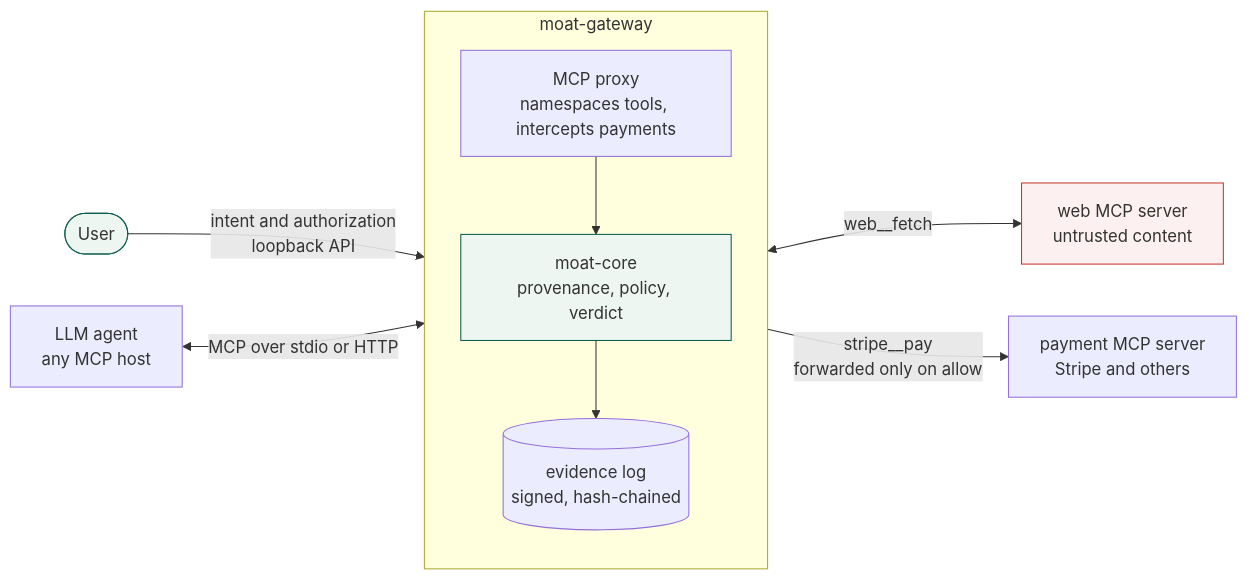
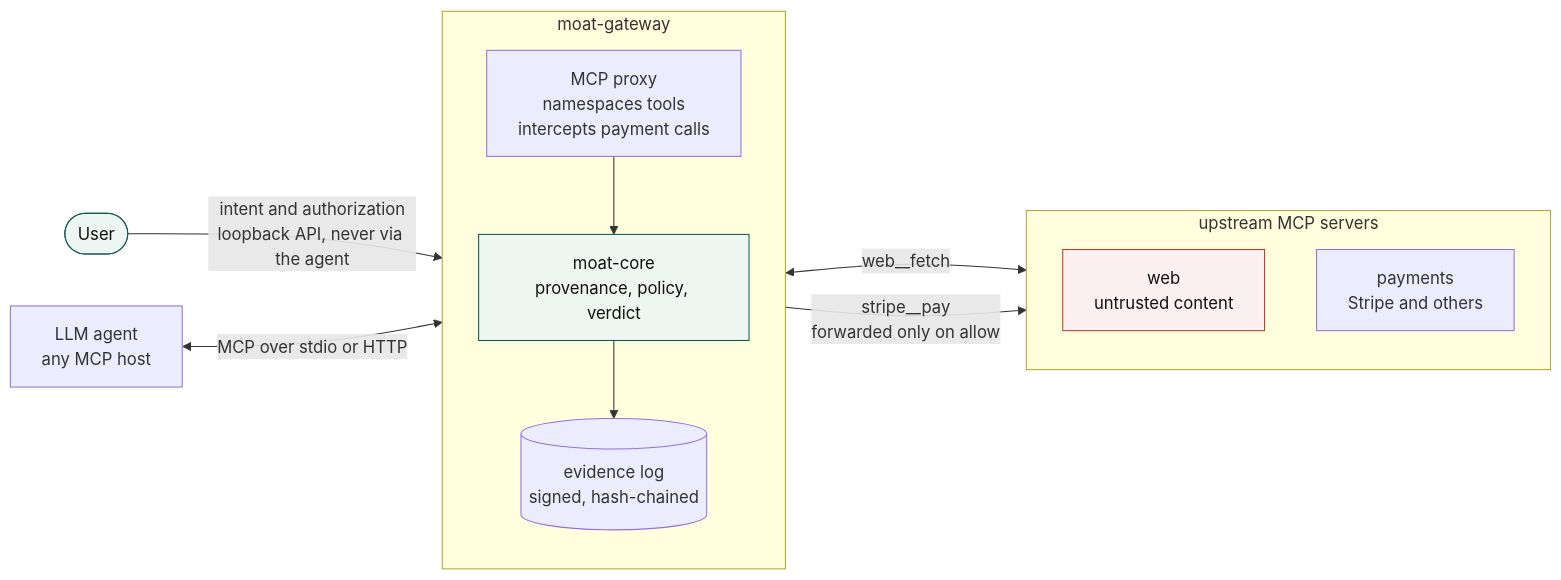
Before and after one commit to nadji40/moat-gateway: the first of 2 diagrams in README.md, drawn with Mermaid.

Commit message:
docs: group the upstream servers in the architecture diagram
The auto-layout put the 'forwarded only on allow' label next to the web
server, which is the one box it does not describe. A subgraph for the
upstreams separates the two edges and makes the trust boundary read at a
glance.

````diff
--- a/README.md
+++ b/README.md
@@ -35,27 +35,30 @@
 ```mermaid
 flowchart LR
     user(["User"])
     agent["LLM agent<br/>any MCP host"]
 
     subgraph gw["moat-gateway"]
         direction TB
-        proxy["MCP proxy<br/>namespaces tools, intercepts payments"]
+        proxy["MCP proxy<br/>namespaces tools<br/>intercepts payment calls"]
         core["moat-core<br/>provenance, policy, verdict"]
         evidence[("evidence log<br/>signed, hash-chained")]
         proxy --> core
         core --> evidence
     end
 
-    web["web MCP server<br/>untrusted content"]
-    pay["payment MCP server<br/>Stripe and others"]
+    subgraph up["upstream MCP servers"]
+        direction TB
+        web["web<br/>untrusted content"]
+        pay["payments<br/>Stripe and others"]
+    end
 
-    user -->|"intent and authorization<br/>loopback API"| core
+    user -->|"intent and authorization<br/>loopback API, never via the agent"| core
     agent <-->|"MCP over stdio or HTTP"| proxy
     proxy <-->|"web__fetch"| web
     proxy -->|"stripe__pay<br/>forwarded only on allow"| pay
 
-    classDef untrusted fill:#fdf0f0,stroke:#c0392b
-    classDef trusted fill:#eef6f2,stroke:#0b5c4f
+    classDef untrusted fill:#fdf0f0,stroke:#c0392b,color:#111
+    classDef trusted fill:#eef6f2,stroke:#0b5c4f,color:#111
     class web untrusted
     class user,core trusted
 ```
````
